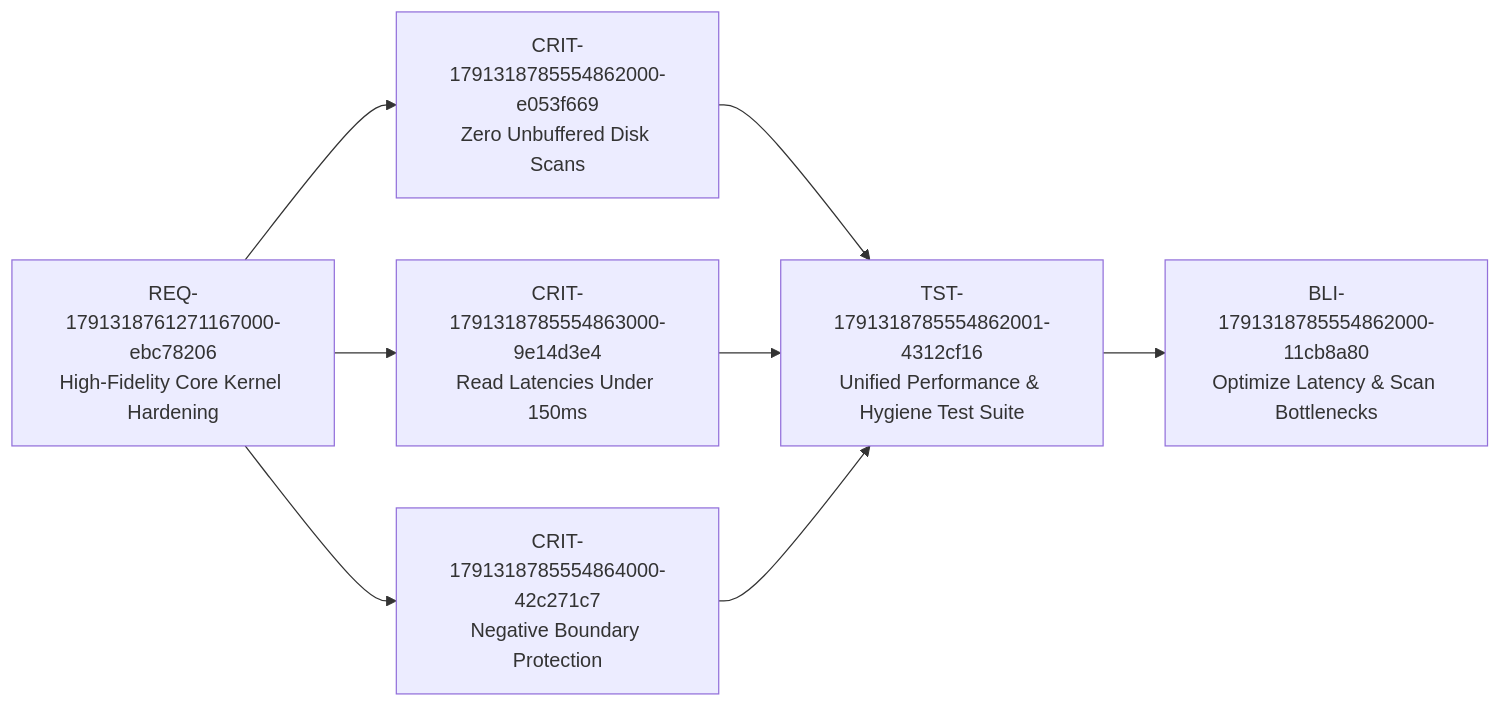
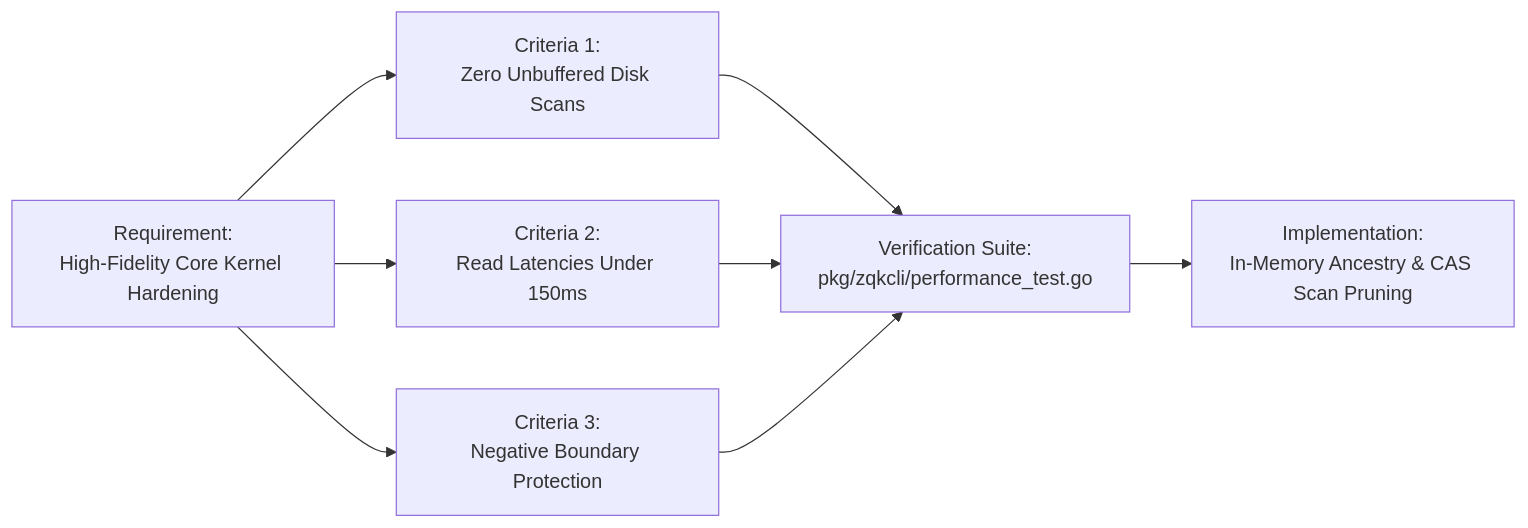
The fourth of 4 diagrams in docs/quality/codebase_evaluation/LATENCY_PROFILING_AUDIT.md (zqk-os/zqk), drawn with Mermaid before and after one commit. The commit also changed other lines of this file and 5 other files, not shown here.

````diff
--- a/docs/quality/codebase_evaluation/LATENCY_PROFILING_AUDIT.md
+++ b/docs/quality/codebase_evaluation/LATENCY_PROFILING_AUDIT.md
@@ -136,17 +135,17 @@
 ```mermaid
 flowchart LR
-    REQ["REQ-1791318761271167000-ebc78206<br/>High-Fidelity Core Kernel Hardening"]
-    CRIT1["CRIT-1791318785554862000-e053f669<br/>Zero Unbuffered Disk Scans"]
-    CRIT2["CRIT-1791318785554863000-9e14d3e4<br/>Read Latencies Under 150ms"]
-    CRIT3["CRIT-1791318785554864000-42c271c7<br/>Negative Boundary Protection"]
-    TST["TST-1791318785554862001-4312cf16<br/>Unified Performance & Hygiene Test Suite"]
-    BLI["BLI-1791318785554862000-11cb8a80<br/>Optimize Latency & Scan Bottlenecks"]
+    REQ["Requirement:<br/>High-Fidelity Core Kernel Hardening"]
+    CRIT1["Criteria 1:<br/>Zero Unbuffered Disk Scans"]
+    CRIT2["Criteria 2:<br/>Read Latencies Under 150ms"]
+    CRIT3["Criteria 3:<br/>Negative Boundary Protection"]
+    TST["Verification Suite:<br/>pkg/zqkcli/performance_test.go"]
+    IMPL["Implementation:<br/>In-Memory Ancestry & CAS Scan Pruning"]
 
     REQ --> CRIT1
     REQ --> CRIT2
     REQ --> CRIT3
     CRIT1 --> TST
     CRIT2 --> TST
     CRIT3 --> TST
-    TST --> BLI
+    TST --> IMPL
 ```
````
